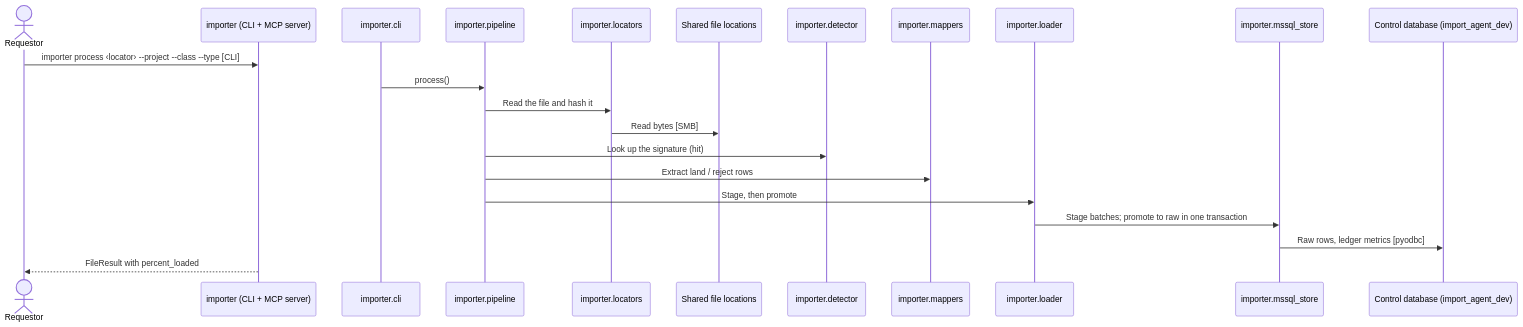
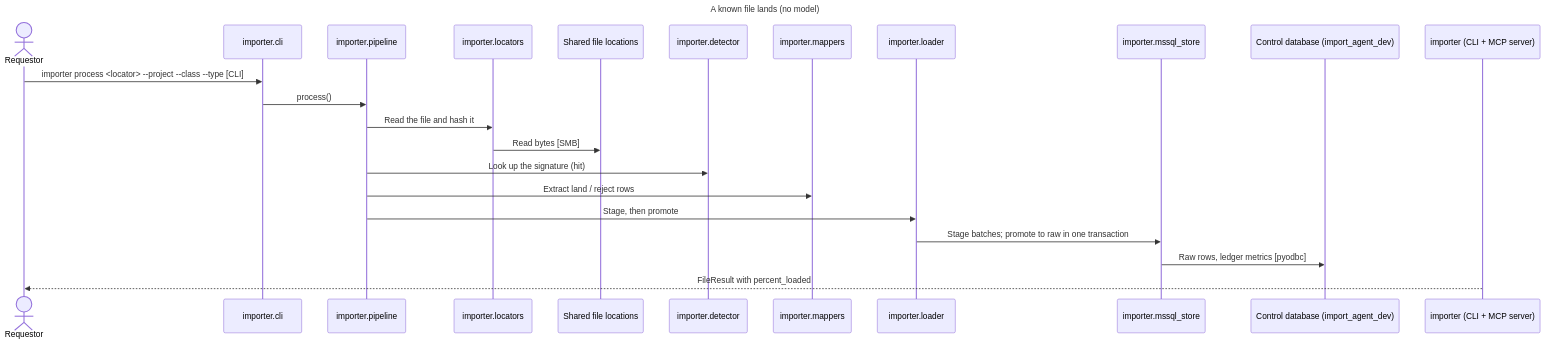
The diagram in docs/architecture/c4/c4-flow-process-known-file.mmd (SqlDataSpire/AIDataImportAgentMCP), drawn with Mermaid before and after one commit. The commit also changed 30 other files, not shown here.

Commit message:
docs(architecture): refresh C4 diagrams to v3.5.1 and add ArchitectureReview.md

```diff
--- a/docs/architecture/c4/c4-flow-process-known-file.mmd
+++ b/docs/architecture/c4/c4-flow-process-known-file.mmd
@@ -1,22 +1,25 @@
+---
+title: "A known file lands (no model)"
+---
 sequenceDiagram
     actor requestor as Requestor
-    participant data_import_agent as importer (CLI + MCP server)
     participant importer_cli as importer.cli
     participant importer_pipeline as importer.pipeline
     participant importer_locators as importer.locators
     participant file_shares as Shared file locations
     participant importer_detector as importer.detector
     participant importer_mappers as importer.mappers
     participant importer_loader as importer.loader
     participant importer_mssql_store as importer.mssql_store
     participant db_sql_server as Control database (import_agent_dev)
-    requestor->>data_import_agent: importer process ‹locator› --project --class --type [CLI]
+    participant data_import_agent as importer (CLI + MCP server)
+    requestor->>importer_cli: importer process <locator> --project --class --type [CLI]
     importer_cli->>importer_pipeline: process()
     importer_pipeline->>importer_locators: Read the file and hash it
     importer_locators->>file_shares: Read bytes [SMB]
     importer_pipeline->>importer_detector: Look up the signature (hit)
     importer_pipeline->>importer_mappers: Extract land / reject rows
     importer_pipeline->>importer_loader: Stage, then promote
     importer_loader->>importer_mssql_store: Stage batches#59; promote to raw in one transaction
     importer_mssql_store->>db_sql_server: Raw rows, ledger metrics [pyodbc]
     data_import_agent-->>requestor: FileResult with percent_loaded
```
